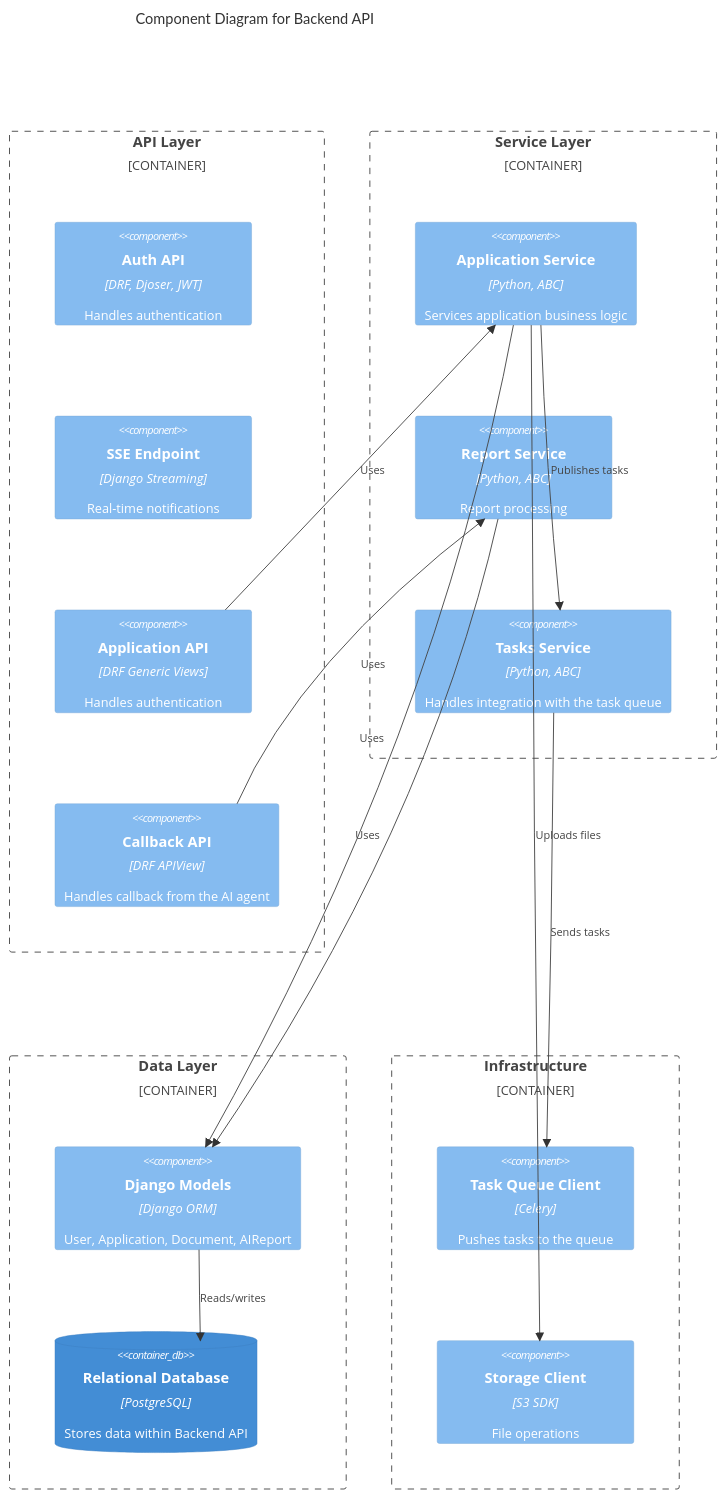
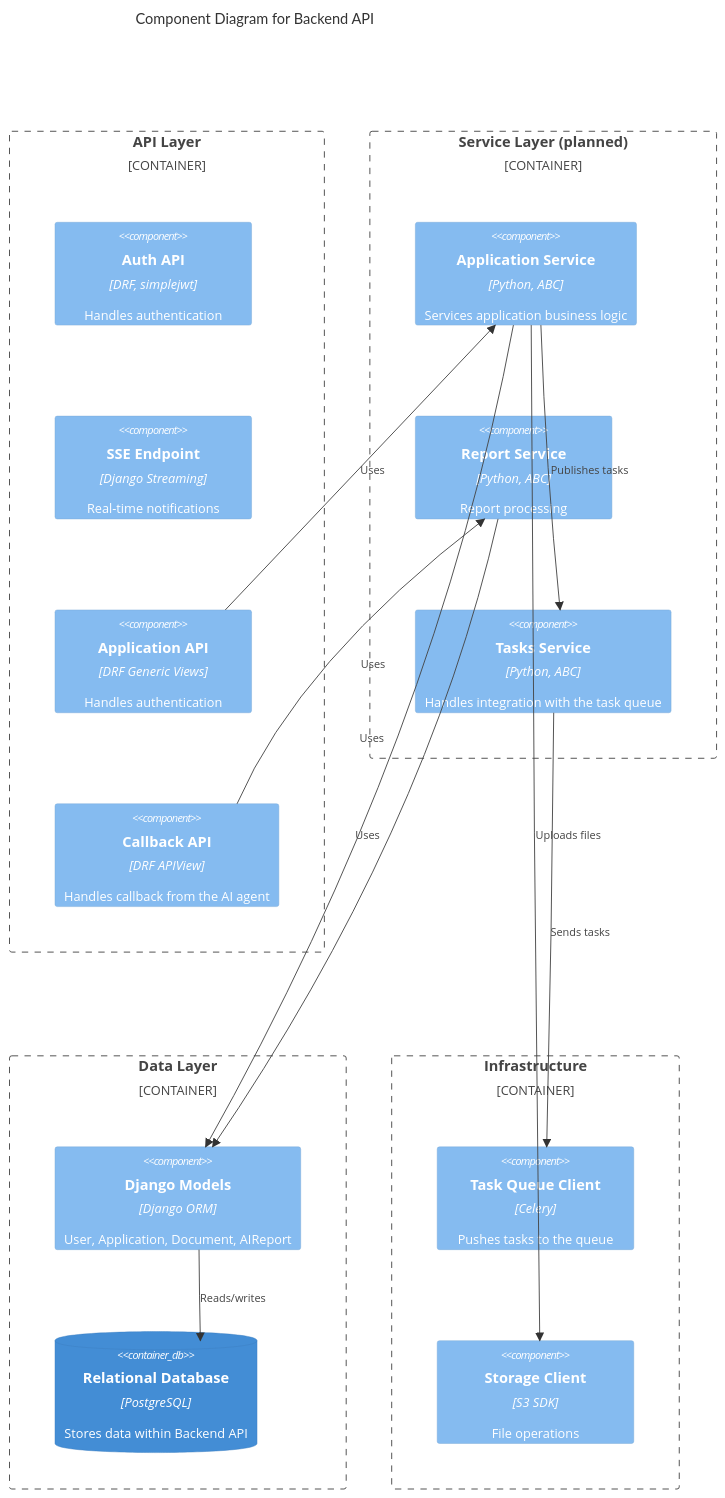
One commit to madjar-code/Portfolio_Projects changed the diagram in Bureaucratic_AI_Agent/architecture/2_Architecture/Mermaid_Diagrams/c4-component-backend-api.md. Above: the diagram before and after it, drawn with Mermaid. The commit also changed other lines of this file and 8 other files, not shown here.

Commit message:
doc: Make small changes in the architectural docs

````diff
--- a/Bureaucratic_AI_Agent/architecture/2_Architecture/Mermaid_Diagrams/c4-component-backend-api.md
+++ b/Bureaucratic_AI_Agent/architecture/2_Architecture/Mermaid_Diagrams/c4-component-backend-api.md
@@ -3,36 +3,36 @@
 ```mermaid
 C4Component
     title Component Diagram for Backend API
 
     Container_Boundary(apiLayerBoundary, "API Layer") {
-        Component(authApi, "Auth API", "DRF, Djoser, JWT", "Handles authentication")
+        Component(authApi, "Auth API", "DRF, simplejwt", "Handles authentication")
         Component(sseEndpoint, "SSE Endpoint", "Django Streaming", "Real-time notifications")
         Component(applicationApi, "Application API", "DRF Generic Views", "Handles authentication")
         Component(callbackApi, "Callback API", "DRF APIView", "Handles callback from the AI agent")
     }
     
-    Container_Boundary(serviceLayerBoundary, "Service Layer") {
+    Container_Boundary(serviceLayerBoundary, "Service Layer (planned)") {
         Component(applicationService, "Application Service", "Python, ABC", "Services application business logic")
         Component(reportService, "Report Service", "Python, ABC", "Report processing")
         Component(tasksService, "Tasks Service", "Python, ABC", "Handles integration with the task queue")
     }
     
     Container_Boundary(dataLayerBoundary, "Data Layer") {
         Component(djangoModels, "Django Models", "Django ORM", "User, Application, Document, AIReport")
         ContainerDb(relationalDatabase, "Relational Database", "PostgreSQL", "Stores data within Backend API")
     }
     
     Container_Boundary(infrastructureBoundary, "Infrastructure") {
         Component(taskQueueClient, "Task Queue Client", "Celery", "Pushes tasks to the queue")
         Component(storageClient, "Storage Client", "S3 SDK", "File operations")
     }
 
     Rel(applicationApi, applicationService, "Uses")
     Rel(applicationService, djangoModels, "Uses")
     Rel(reportService, djangoModels, "Uses")
     Rel(djangoModels, relationalDatabase, "Reads/writes")
     Rel(applicationService, tasksService, "Publishes tasks")
     Rel(tasksService, taskQueueClient, "Sends tasks")
     Rel(applicationService, storageClient, "Uploads files")
     Rel(callbackApi, reportService, "Uses")
 ```
````
